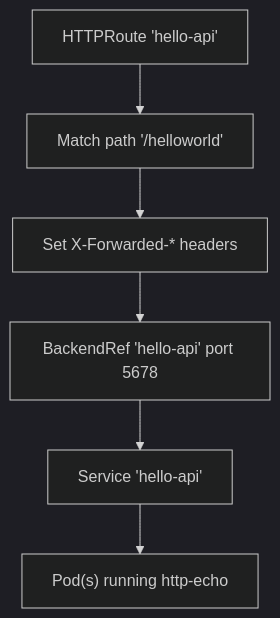
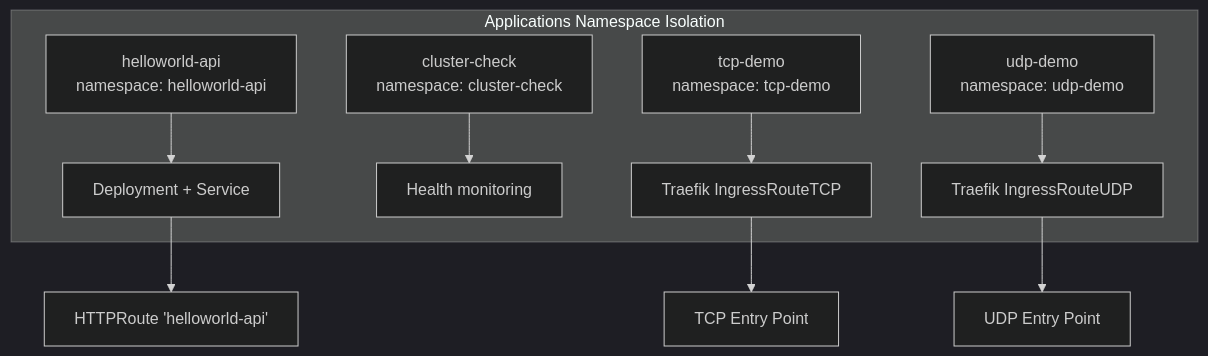
The third of 6 diagrams in .qoder/repowiki/en/content/Playground Applications/Playground Applications.md (Hoangvu75/k8s_manifest), drawn with Mermaid (dark theme) before and after one commit. The commit also changed other lines of this file and 31 other files, not shown here.

````diff
--- a/.qoder/repowiki/en/content/Playground Applications/Playground Applications.md
+++ b/.qoder/repowiki/en/content/Playground Applications/Playground Applications.md
@@ -209,8 +219,12 @@
 ```mermaid
 flowchart TD
-A["HTTPRoute 'hello-api'"] --> B["Match path '/helloworld'"]
-B --> C["Set X-Forwarded-* headers"]
-C --> D["BackendRef 'hello-api' port 5678"]
-D --> E["Service 'hello-api'"]
-E --> F["Pod(s) running http-echo"]
+subgraph "Applications Namespace Isolation"
+A["helloworld-api<br/>namespace: helloworld-api"] --> B["Deployment + Service"]
+C["cluster-check<br/>namespace: cluster-check"] --> D["Health monitoring"]
+E["tcp-demo<br/>namespace: tcp-demo"] --> F["Traefik IngressRouteTCP"]
+G["udp-demo<br/>namespace: udp-demo"] --> H["Traefik IngressRouteUDP"]
+end
+B --> I["HTTPRoute 'helloworld-api'"]
+F --> J["TCP Entry Point"]
+H --> K["UDP Entry Point"]
 ```
````
